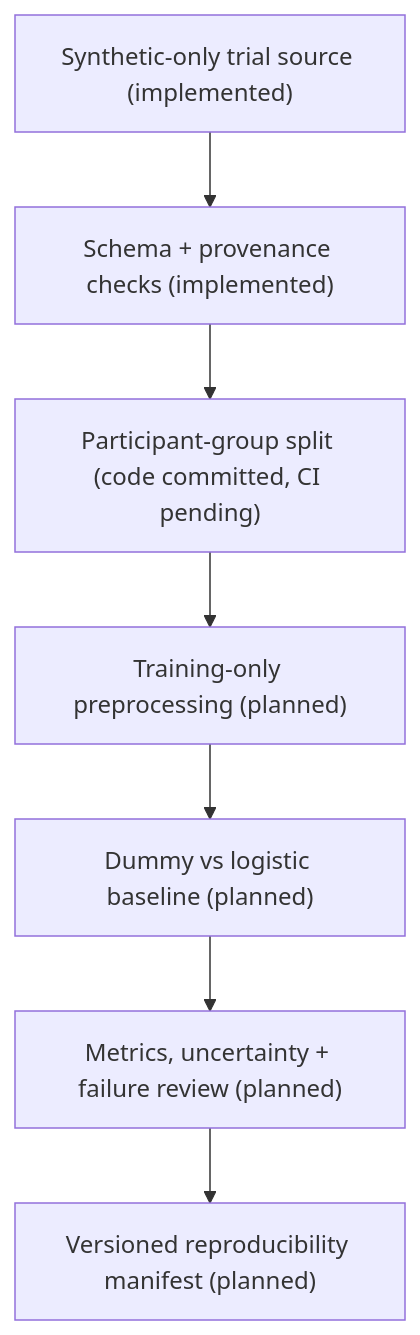
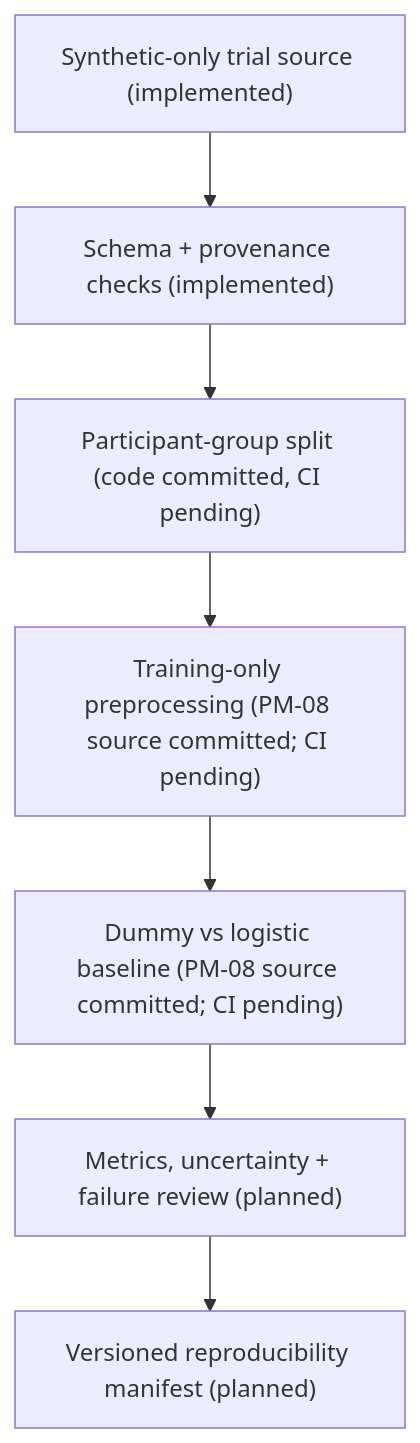
The diagram in README.md (aradmanamnaoon/psychneuro-openbench), drawn with Mermaid before and after one commit. The commit also changed other lines of this file, not shown here.

Commit message:
PM-08: clearly distinguish committed benchmark source from unexecuted results

````diff
--- a/README.md
+++ b/README.md
@@ -68,9 +68,9 @@
 ```mermaid
 flowchart TD
     A["Synthetic-only trial source (implemented)"] --> B["Schema + provenance checks (implemented)"]
     B --> C["Participant-group split (code committed, CI pending)"]
-    C --> D["Training-only preprocessing (planned)"]
-    D --> E["Dummy vs logistic baseline (planned)"]
+    C --> D["Training-only preprocessing (PM-08 source committed; CI pending)"]
+    D --> E["Dummy vs logistic baseline (PM-08 source committed; CI pending)"]
     E --> F["Metrics, uncertainty + failure review (planned)"]
     F --> G["Versioned reproducibility manifest (planned)"]
 ```
````
